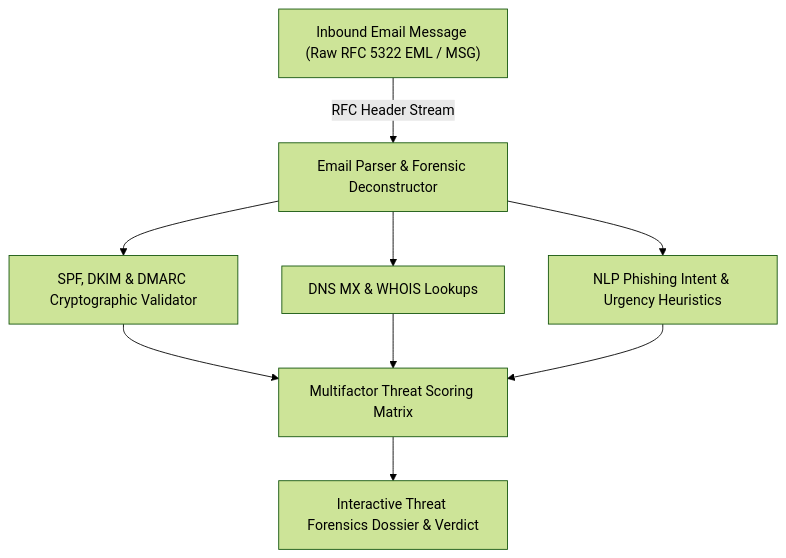
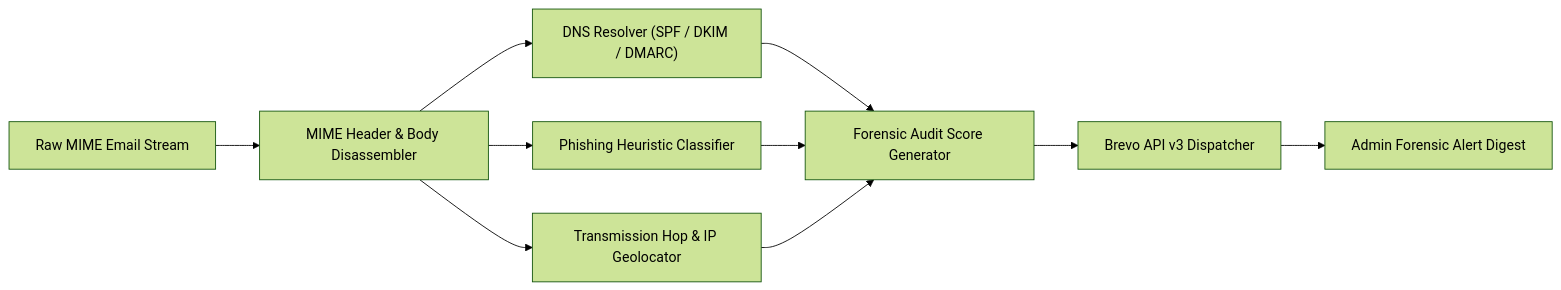
The diagram in README.md (Tharun4743/Mailtrace-ai), drawn with Mermaid (forest theme) before and after one commit. The commit also changed other lines of this file and 3 other files, not shown here.

````diff
--- a/README.md
+++ b/README.md
@@ -35,11 +39,10 @@
 ```mermaid
-graph TD
-    Email["Inbound Email Message (Raw RFC 5322 EML / MSG)"] -->|RFC Header Stream| Ingestion["Email Parser & Forensic Deconstructor"]
-    Ingestion --> AuthCheck["SPF, DKIM & DMARC Cryptographic Validator"]
-    Ingestion --> DomainIntel["DNS MX & WHOIS Lookups"]
-    Ingestion --> ContentNLP["NLP Phishing Intent & Urgency Heuristics"]
-    AuthCheck --> ScoreEngine["Multifactor Threat Scoring Matrix"]
-    DomainIntel --> ScoreEngine
-    ContentNLP --> ScoreEngine
-    ScoreEngine --> Report["Interactive Threat Forensics Dossier & Verdict"]
+flowchart LR
+    RawMail["Raw MIME Email Stream"] --> Parser["MIME Header & Body Disassembler"]
+    Parser --> DNS["DNS Resolver (SPF / DKIM / DMARC)"]
+    Parser --> NLP["Phishing Heuristic Classifier"]
+    Parser --> HopTracer["Transmission Hop & IP Geolocator"]
+    DNS & NLP & HopTracer --> ForensicEngine["Forensic Audit Score Generator"]
+    ForensicEngine --> BrevoDispatcher["Brevo API v3 Dispatcher"]
+    BrevoDispatcher --> Admin["Admin Forensic Alert Digest"]
 ```
````
